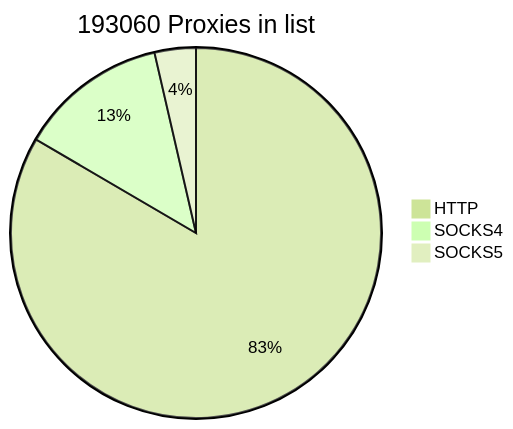
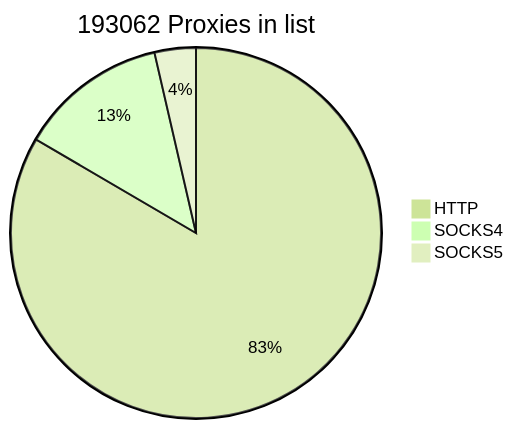
The first of 2 diagrams in README.md (cutipu/proxylist), drawn with Mermaid (forest theme) before and after one commit. The commit also changed other lines of this file, not shown here.

````diff
--- a/README.md
+++ b/README.md
@@ -2,7 +2,7 @@
 ```mermaid
-pie title 193060 Proxies in list
-    "HTTP" : 161052
-    "SOCKS4" : 25053
-    "SOCKS5" : 6955
+pie title 193062 Proxies in list
+    "HTTP" : 161050
+    "SOCKS4" : 25054
+    "SOCKS5" : 6958
             
 ```
````
